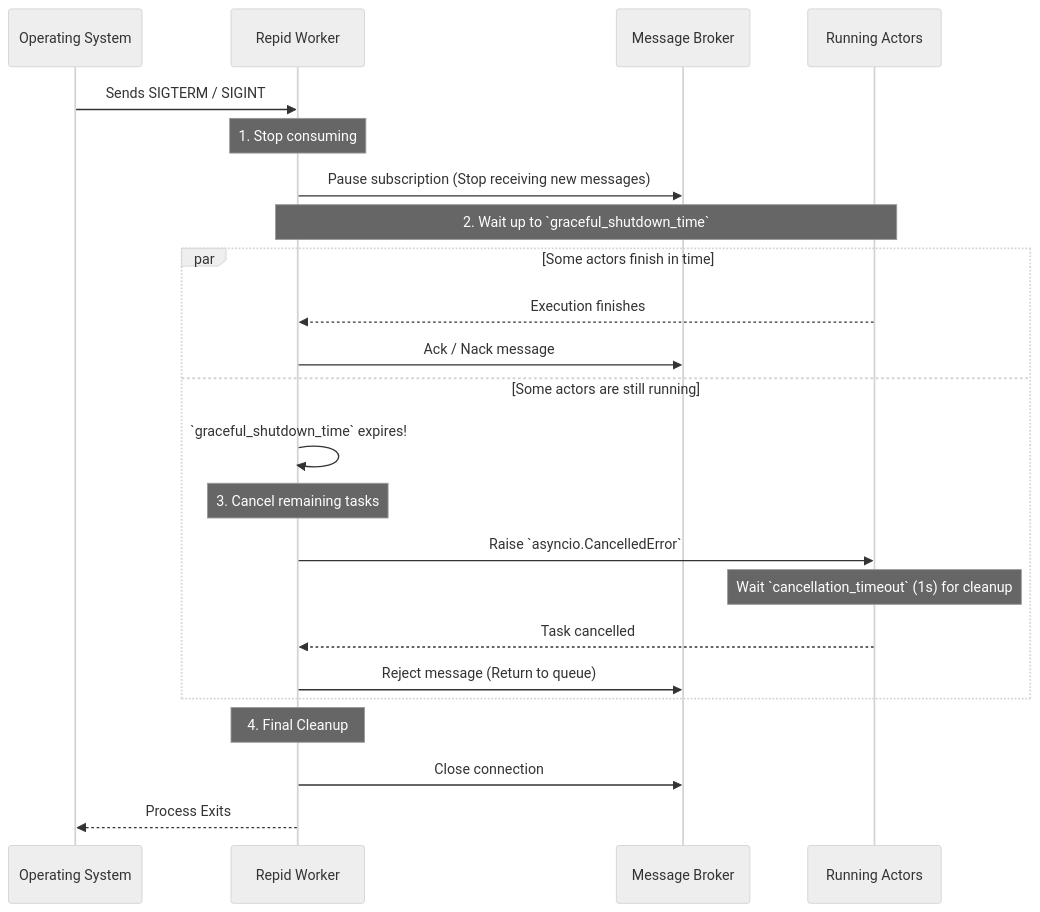
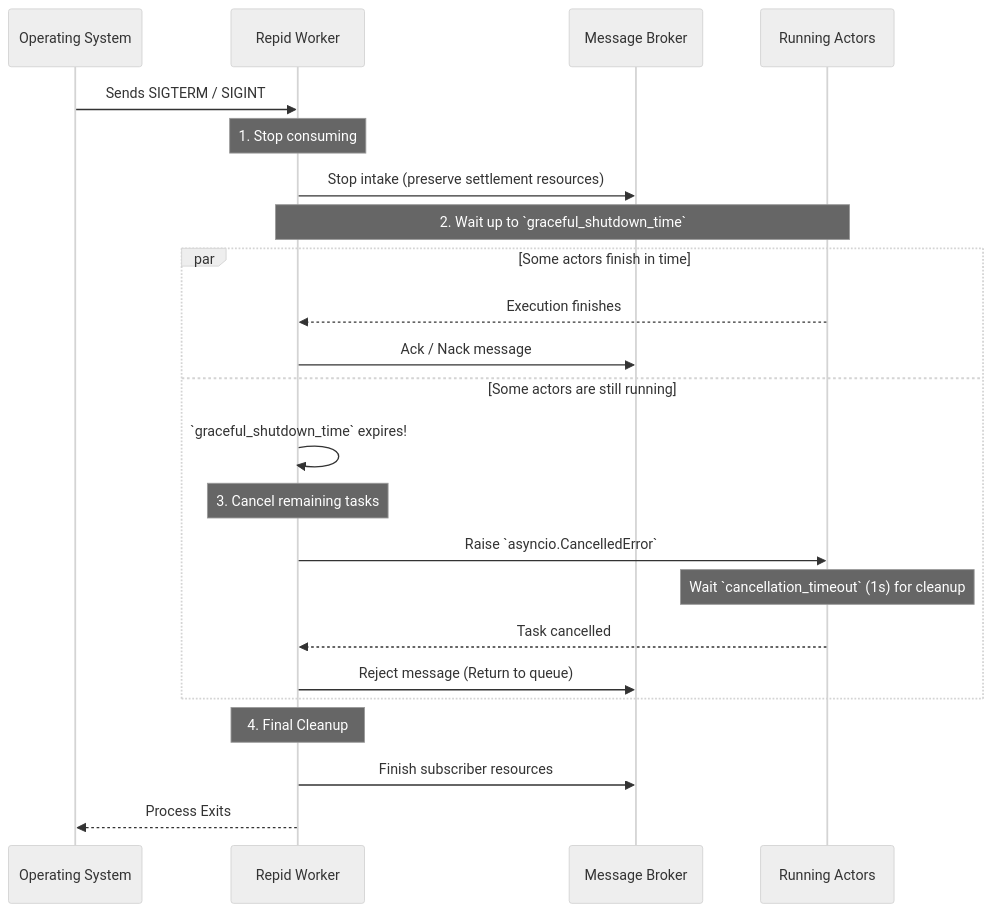
The diagram in docs/user_guide/workers/lifecycle.md (aleksul/repid), drawn with Mermaid (neutral theme) before and after one commit. The commit also changed other lines of this file and 51 other files, not shown here.

````diff
--- a/docs/user_guide/workers/lifecycle.md
+++ b/docs/user_guide/workers/lifecycle.md
@@ -45,29 +45,29 @@
 ```mermaid
 sequenceDiagram
     participant OS as Operating System
     participant Worker as Repid Worker
     participant Broker as Message Broker
     participant Actors as Running Actors
 
     OS->>Worker: Sends SIGTERM / SIGINT
     Note over Worker: 1. Stop consuming
-    Worker->>Broker: Pause subscription (Stop receiving new messages)
+    Worker->>Broker: Stop intake (preserve settlement resources)
 
     Note over Worker,Actors: 2. Wait up to `graceful_shutdown_time`
 
     par Some actors finish in time
         Actors-->>Worker: Execution finishes
         Worker->>Broker: Ack / Nack message
     and Some actors are still running
         Worker->>Worker: `graceful_shutdown_time` expires!
         Note over Worker: 3. Cancel remaining tasks
         Worker->>Actors: Raise `asyncio.CancelledError`
         Note over Actors: Wait `cancellation_timeout` (1s) for cleanup
         Actors-->>Worker: Task cancelled
         Worker->>Broker: Reject message (Return to queue)
     end
 
     Note over Worker: 4. Final Cleanup
-    Worker->>Broker: Close connection
+    Worker->>Broker: Finish subscriber resources
     Worker-->>OS: Process Exits
 ```
````
